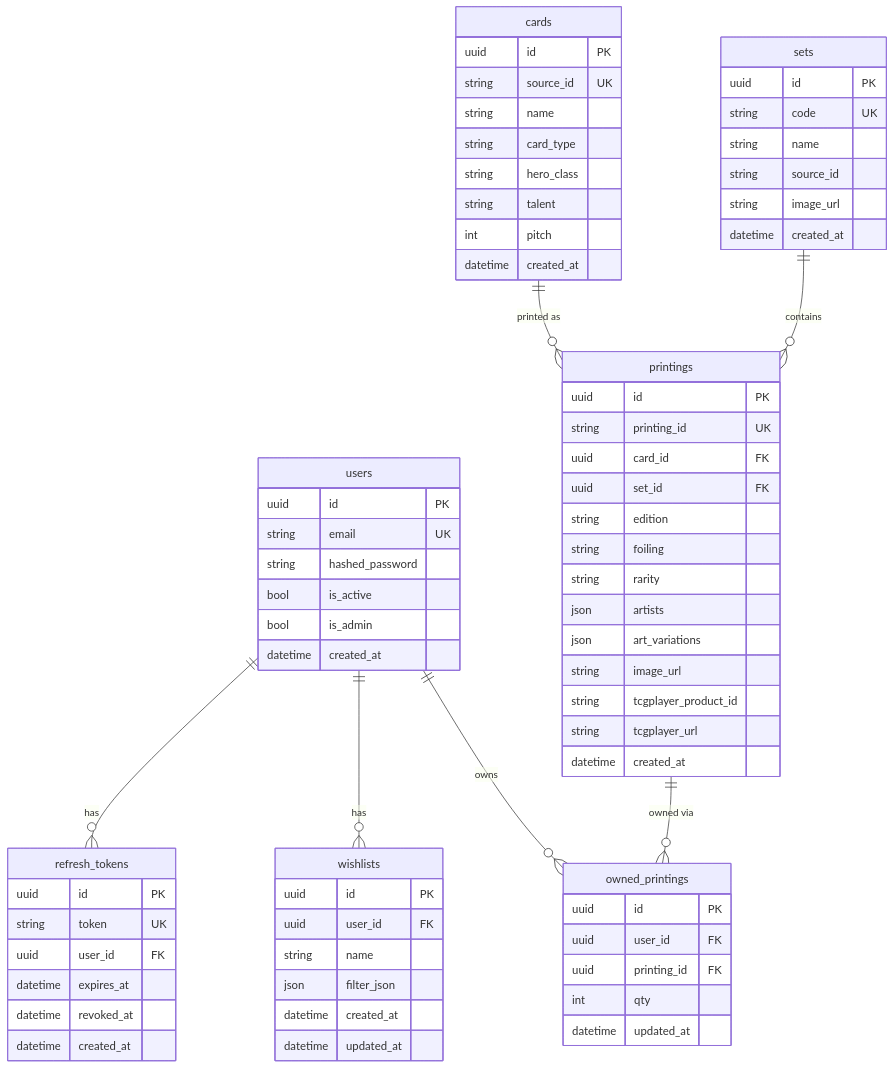
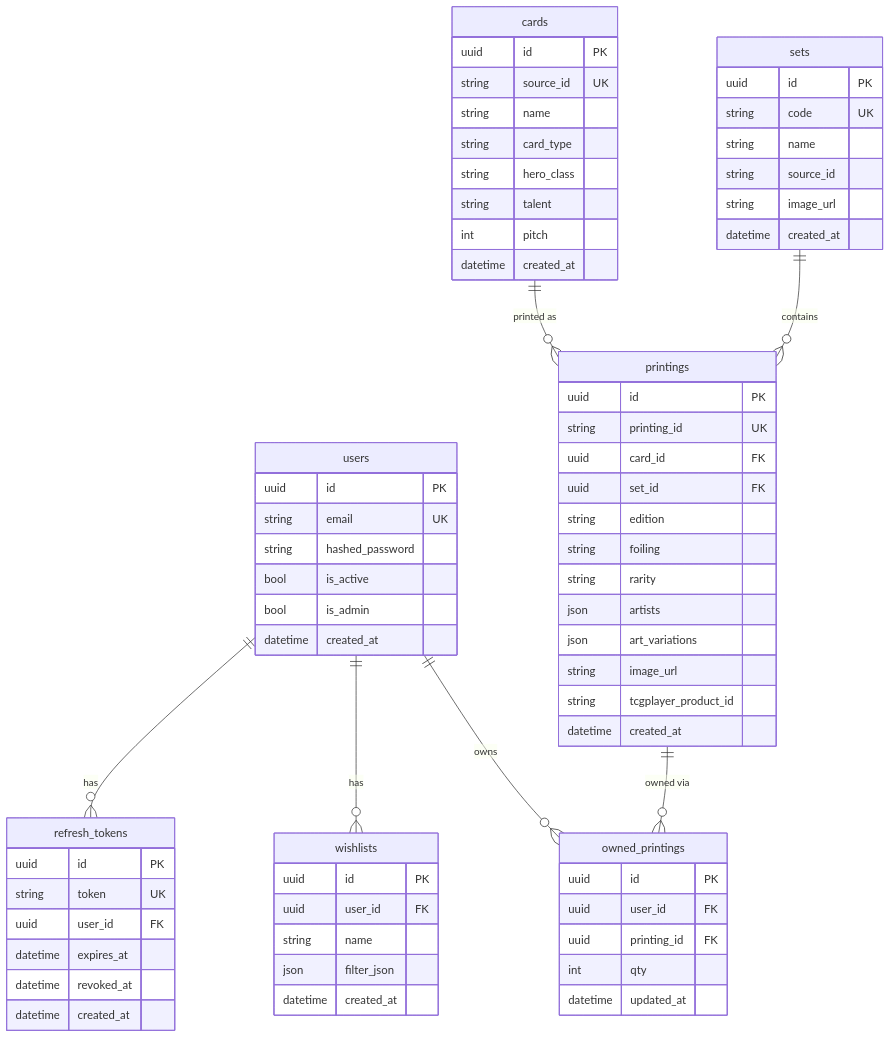
One commit to bernardoCardoso21/FabGreatLibrary changed the second of 2 diagrams in README.md. Above: the diagram before and after it, drawn with Mermaid. The commit also changed other lines of this file, not shown here.

````diff
--- a/README.md
+++ b/README.md
@@ -42,74 +62,72 @@
 ```mermaid
 erDiagram
     users {
         uuid id PK
         string email UK
         string hashed_password
         bool is_active
         bool is_admin
         datetime created_at
     }
     sets {
         uuid id PK
         string code UK
         string name
         string source_id
         string image_url
         datetime created_at
     }
     cards {
         uuid id PK
         string source_id UK
         string name
         string card_type
         string hero_class
         string talent
         int pitch
         datetime created_at
     }
     printings {
         uuid id PK
         string printing_id UK
         uuid card_id FK
         uuid set_id FK
         string edition
         string foiling
         string rarity
         json artists
         json art_variations
         string image_url
         string tcgplayer_product_id
-        string tcgplayer_url
         datetime created_at
     }
     owned_printings {
         uuid id PK
         uuid user_id FK
         uuid printing_id FK
         int qty
         datetime updated_at
     }
     wishlists {
         uuid id PK
         uuid user_id FK
         string name
         json filter_json
         datetime created_at
-        datetime updated_at
     }
     refresh_tokens {
         uuid id PK
         string token UK
         uuid user_id FK
         datetime expires_at
         datetime revoked_at
         datetime created_at
     }
 
     users ||--o{ owned_printings : owns
     users ||--o{ wishlists : has
     users ||--o{ refresh_tokens : has
     sets ||--o{ printings : contains
     cards ||--o{ printings : "printed as"
     printings ||--o{ owned_printings : "owned via"
 ```
````
